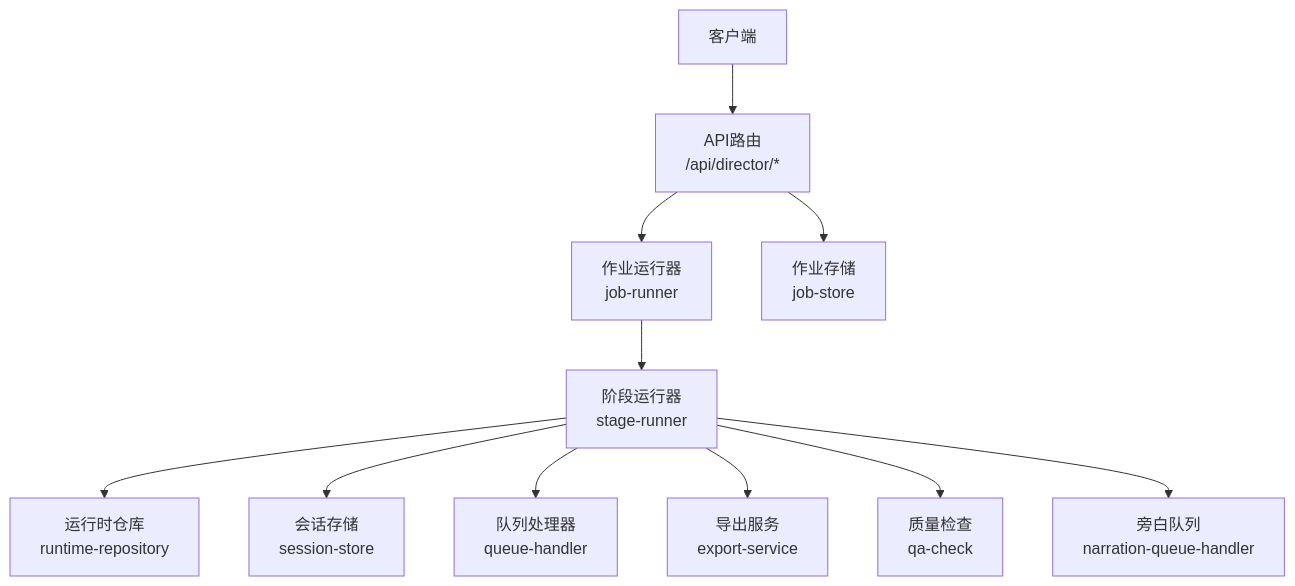
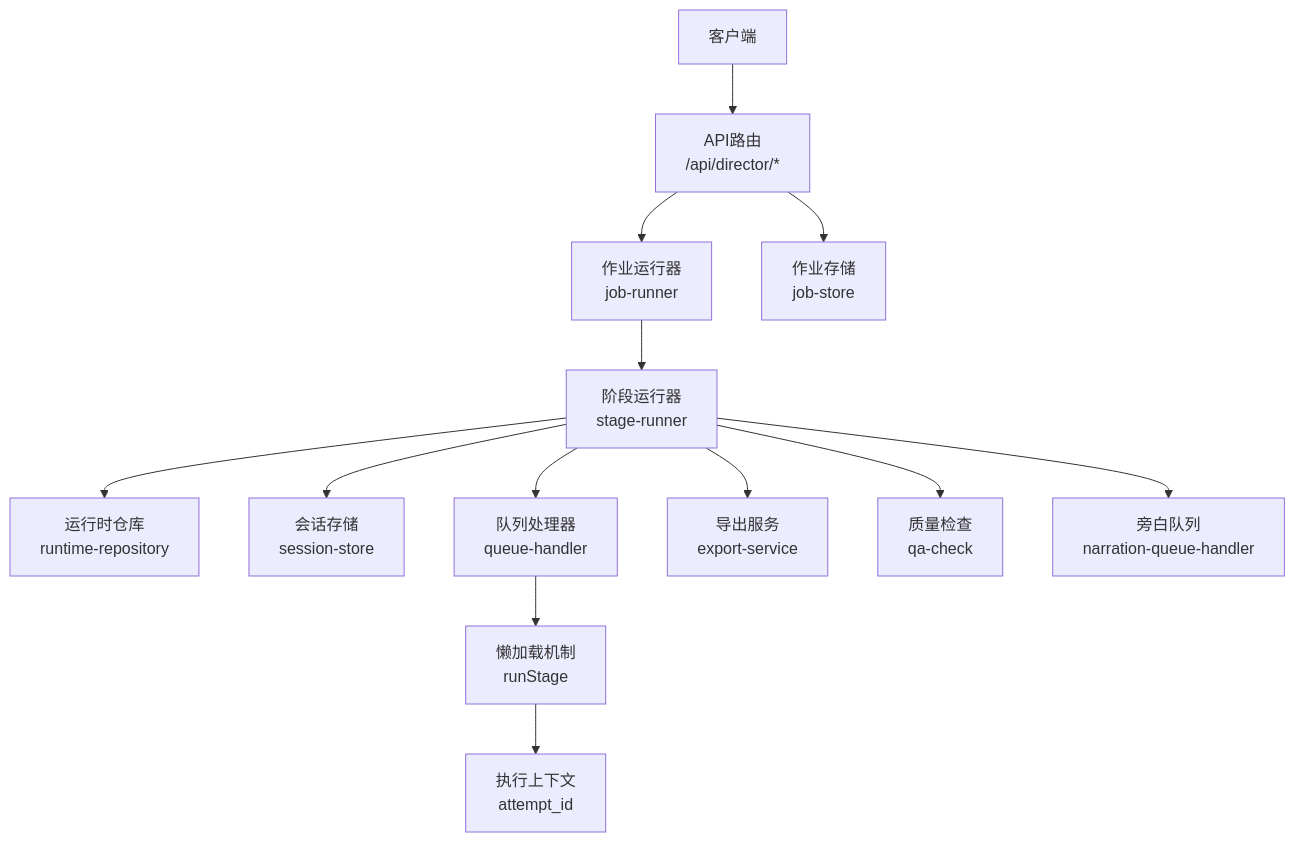
Before and after one commit to scottcwy/PurpleInk: the first of 3 diagrams in .qoder/repowiki/zh/content/API参考/导演系统API/阶段执行API.md, drawn with Mermaid. The commit also changed other lines of this file and 109 other files, not shown here.

````diff
--- a/.qoder/repowiki/zh/content/API参考/导演系统API/阶段执行API.md
+++ b/.qoder/repowiki/zh/content/API参考/导演系统API/阶段执行API.md
@@ -52,13 +60,15 @@
 ```mermaid
 graph TB
 Client["客户端"] --> API["API路由<br/>/api/director/*"]
 API --> Runner["作业运行器<br/>job-runner"]
 API --> Store["作业存储<br/>job-store"]
 Runner --> StageRunner["阶段运行器<br/>stage-runner"]
 StageRunner --> Repo["运行时仓库<br/>runtime-repository"]
 StageRunner --> Session["会话存储<br/>session-store"]
 StageRunner --> Queue["队列处理器<br/>queue-handler"]
 StageRunner --> Export["导出服务<br/>export-service"]
 StageRunner --> QA["质量检查<br/>qa-check"]
 StageRunner --> Narration["旁白队列<br/>narration-queue-handler"]
+Queue --> LazyLoader["懒加载机制<br/>runStage"]
+LazyLoader --> Context["执行上下文<br/>attempt_id"]
 ```
````
